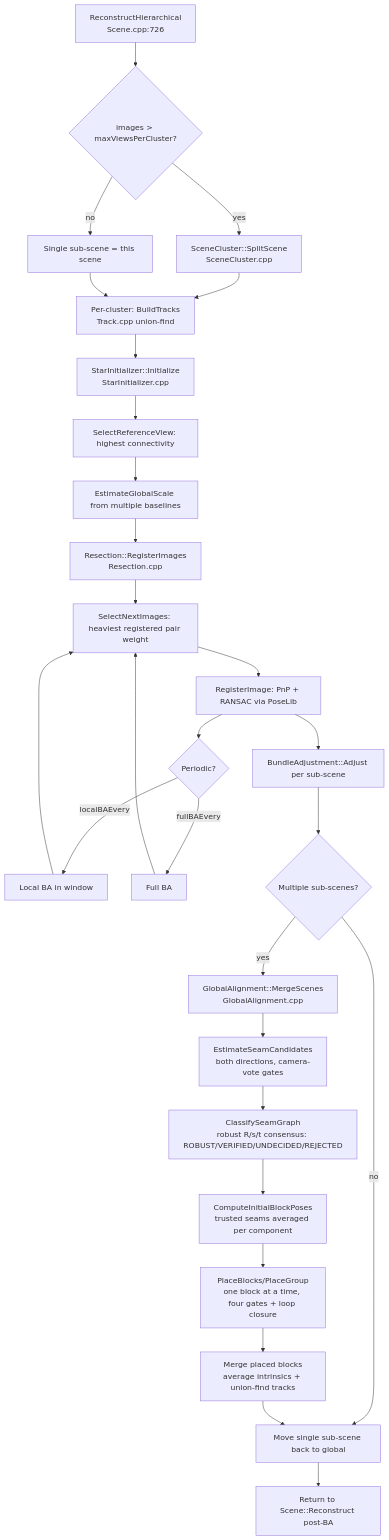
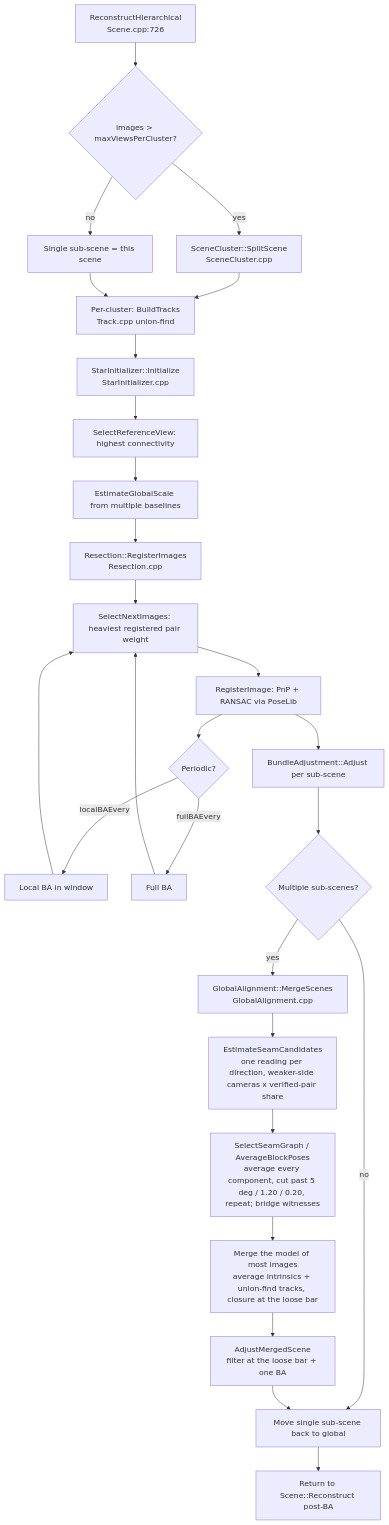
One commit to cdcseacave/openMVS changed the third of 10 diagrams in docs/pipeline-traces.md. Above: the diagram before and after it, drawn with Mermaid. The commit also changed other lines of this file and 16 other files, not shown here.

````diff
--- a/docs/pipeline-traces.md
+++ b/docs/pipeline-traces.md
@@ -196,30 +196,29 @@
 ```mermaid
 graph TD
     A[ReconstructHierarchical<br/>Scene.cpp:726] --> B{images > maxViewsPerCluster?}
     B -->|yes| C[SceneCluster::SplitScene<br/>SceneCluster.cpp]
     B -->|no| D[Single sub-scene = this scene]
     C --> E[Per-cluster: BuildTracks<br/>Track.cpp union-find]
     D --> E
     E --> F[StarInitializer::Initialize<br/>StarInitializer.cpp]
     F --> F1[SelectReferenceView: highest connectivity]
     F1 --> F2[EstimateGlobalScale from multiple baselines]
     F2 --> G[Resection::RegisterImages<br/>Resection.cpp]
     G --> G1[SelectNextImages: heaviest registered pair weight]
     G1 --> G2[RegisterImage: PnP + RANSAC via PoseLib]
     G2 --> G3{Periodic?}
     G3 -->|localBAEvery| G4[Local BA in window]
     G3 -->|fullBAEvery| G5[Full BA]
     G4 --> G1
     G5 --> G1
     G2 --> H[BundleAdjustment::Adjust per sub-scene]
     H --> I{Multiple sub-scenes?}
     I -->|no| J[Move single sub-scene back to global]
     I -->|yes| K[GlobalAlignment::MergeScenes<br/>GlobalAlignment.cpp]
-    K --> K1[EstimateSeamCandidates<br/>both directions, camera-vote gates]
-    K1 --> K2[ClassifySeamGraph<br/>robust R/s/t consensus: ROBUST/VERIFIED/UNDECIDED/REJECTED]
-    K2 --> K3[ComputeInitialBlockPoses<br/>trusted seams averaged per component]
-    K3 --> K4[PlaceBlocks/PlaceGroup<br/>one block at a time, four gates + loop closure]
-    K4 --> K5[Merge placed blocks<br/>average intrinsics + union-find tracks]
-    K5 --> J
+    K --> K1[EstimateSeamCandidates<br/>one reading per direction, weaker-side cameras x verified-pair share]
+    K1 --> K2[SelectSeamGraph / AverageBlockPoses<br/>average every component, cut past 5 deg / 1.20 / 0.20, repeat; bridge witnesses]
+    K2 --> K3[Merge the model of most images<br/>average intrinsics + union-find tracks, closure at the loose bar]
+    K3 --> K4[AdjustMergedScene<br/>filter at the loose bar + one BA]
+    K4 --> J
     J --> L[Return to Scene::Reconstruct post-BA]
 ```
````
